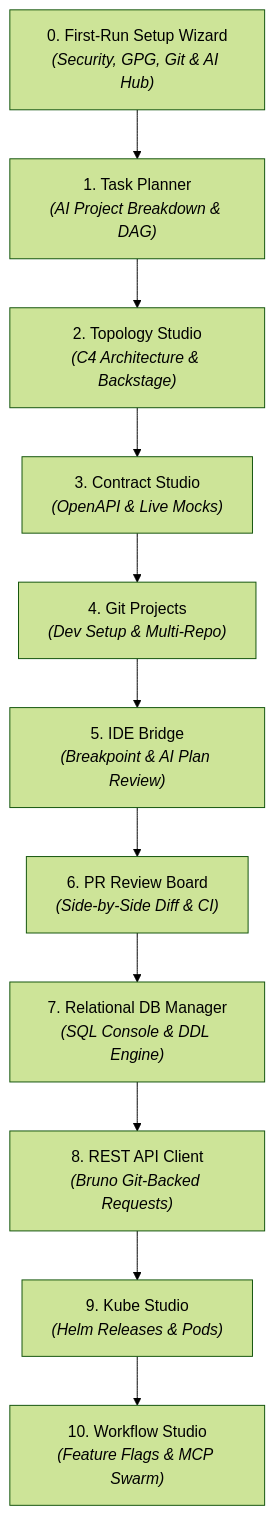
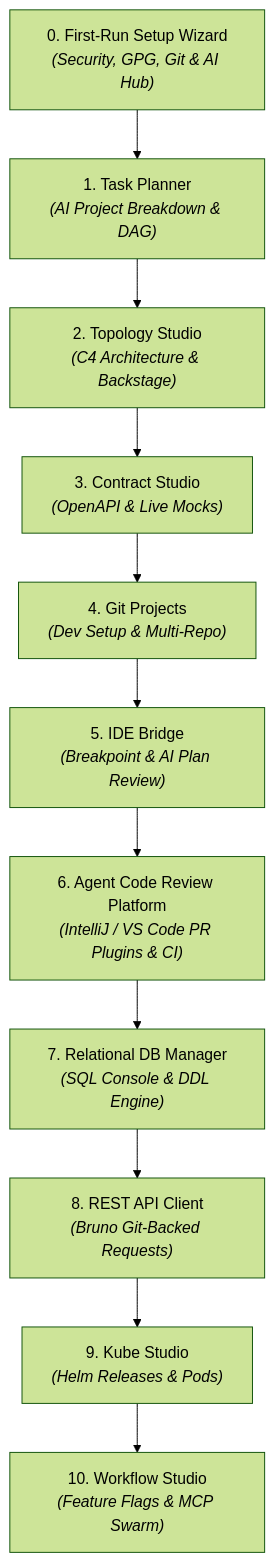
Before and after one commit to nddipiazza/robos: the first of 2 diagrams in docs/app-development-flow.md, drawn with Mermaid (forest theme). The commit also changed other lines of this file and 11 other files, not shown here.

Commit message:
feat: rebrand PR Review Board to RobOS Agent-Generated Code Review Platform and add IntelliJ & VS Code PR review plugins

````diff
--- a/docs/app-development-flow.md
+++ b/docs/app-development-flow.md
@@ -29,13 +29,13 @@
 ```mermaid
 flowchart TD
     Setup["0. First-Run Setup Wizard<br/><i>(Security, GPG, Git & AI Hub)</i>"] --> Step1["1. Task Planner<br/><i>(AI Project Breakdown & DAG)</i>"]
     Step1 --> Step2["2. Topology Studio<br/><i>(C4 Architecture & Backstage)</i>"]
     Step2 --> Step3["3. Contract Studio<br/><i>(OpenAPI & Live Mocks)</i>"]
     Step3 --> Step4["4. Git Projects<br/><i>(Dev Setup & Multi-Repo)</i>"]
     Step4 --> Step5["5. IDE Bridge<br/><i>(Breakpoint & AI Plan Review)</i>"]
-    Step5 --> Step6["6. PR Review Board<br/><i>(Side-by-Side Diff & CI)</i>"]
+    Step5 --> Step6["6. Agent Code Review Platform<br/><i>(IntelliJ / VS Code PR Plugins & CI)</i>"]
     Step6 --> Step7["7. Relational DB Manager<br/><i>(SQL Console & DDL Engine)</i>"]
     Step7 --> Step8["8. REST API Client<br/><i>(Bruno Git-Backed Requests)</i>"]
     Step8 --> Step9["9. Kube Studio<br/><i>(Helm Releases & Pods)</i>"]
     Step9 --> Step10["10. Workflow Studio<br/><i>(Feature Flags & MCP Swarm)</i>"]
 ```
````
